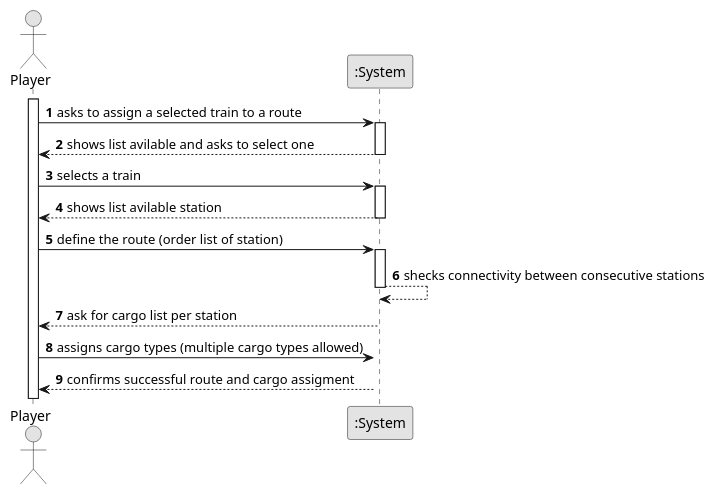
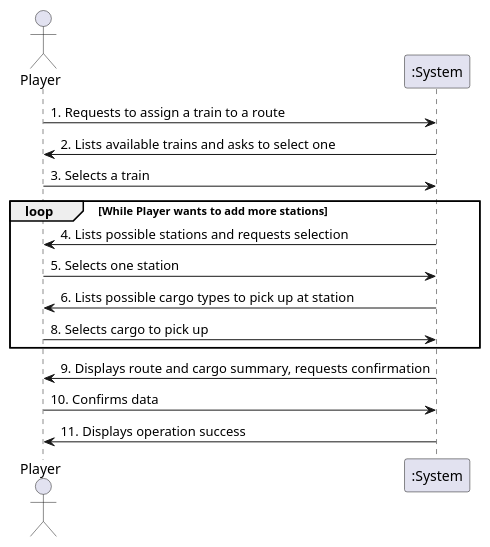
Before and after one commit to Andremonteiro1240850/railway_simulator: the diagram in Sprint2/US10/01.requirements-engineering.us10/puml/us10Diagram.puml, drawn with PlantUML. The commit also changed 6 other files, not shown here.

```diff
--- a/Sprint2/US10/01.requirements-engineering.us10/puml/us10Diagram.puml
+++ b/Sprint2/US10/01.requirements-engineering.us10/puml/us10Diagram.puml
@@ -1,42 +1,21 @@
 @startuml
-skinparam monochrome true
-skinparam packageStyle rectangle
-skinparam shadowing false
-
-autonumber
-
-actor "Player" as Employee
+actor Player
 participant ":System" as System
 
-activate Employee
+Player -> System: 1. Requests to assign a train to a route
+System -> Player: 2. Lists available trains and asks to select one
+Player -> System: 3. Selects a train
 
-    Employee -> System : asks to assign a selected train to a route
-    activate System
+loop While Player wants to add more stations
+    System -> Player: 4. Lists possible stations and requests selection
+    Player -> System: 5. Selects one station
+    System -> Player: 6. Lists possible cargo types to pick up at station
 
-        System --> Employee : shows list avilable and asks to select one
-    deactivate System
+    Player -> System: 8. Selects cargo to pick up
+end
 
-    Employee -> System : selects a train
-    activate System
-
-        System --> Employee : shows list avilable station
-    deactivate System
-
-    Employee -> System : define the route (order list of station)
-    activate System
-
-        System --> System : shecks connectivity between consecutive stations
-    deactivate System
-
-
-
-
-        System --> Employee : ask for cargo list per station
-    deactivate System
-
-    Employee -> System : assigns cargo types (multiple cargo types allowed)
-    activate System
-
-    System--> Employee :confirms successful route and cargo assigment
+System -> Player: 9. Displays route and cargo summary, requests confirmation
+Player -> System: 10. Confirms data
+System -> Player: 11. Displays operation success
 
 @enduml
```
